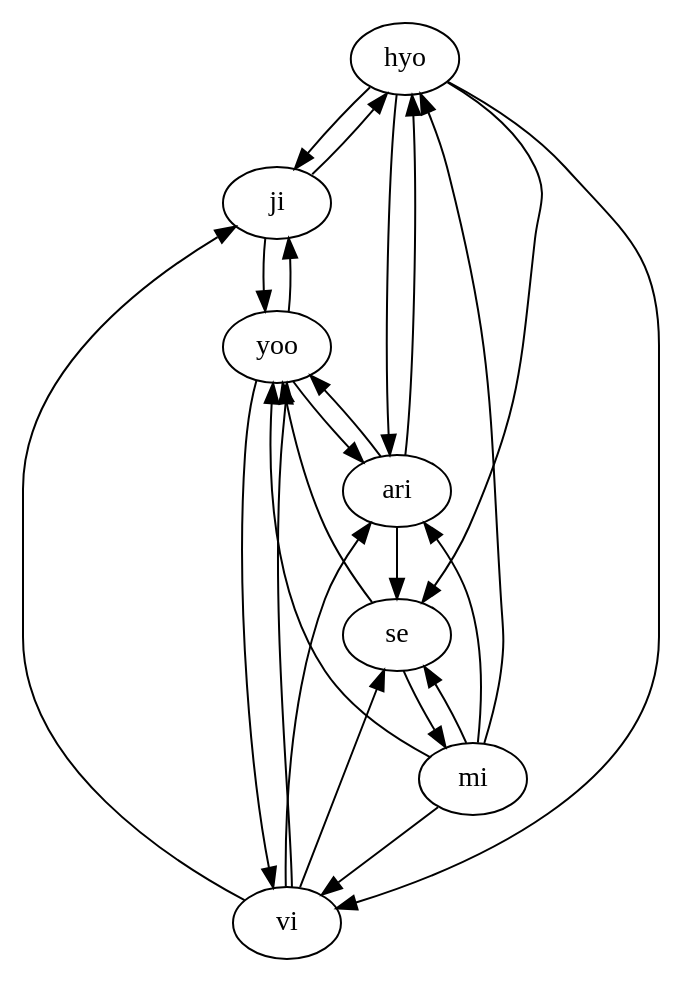
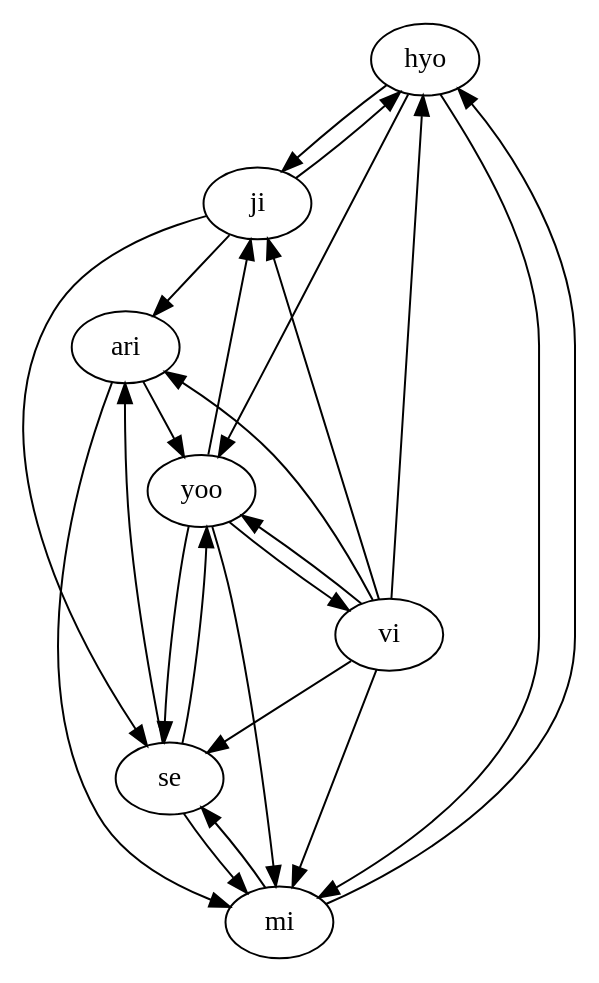
The diagram in src/main/java/resource/awesome.dot (hannimpeha/WS), drawn with Graphviz before and after one commit. The commit also changed 5 other files, not shown here.

```diff
--- a/src/main/java/resource/awesome.dot
+++ b/src/main/java/resource/awesome.dot
@@ -1,25 +1,25 @@
 digraph {
 hyo->ji;
 ji->hyo;
+hyo->yoo;
+hyo->mi;
 mi->hyo;
-hyo->vi;
-hyo->se;
-hyo->ari;
-ari->hyo;
-ji->yoo;
+vi->hyo;
 yoo->ji;
 vi->ji;
-mi->yoo;
+ji->se;
+ji->ari;
+yoo->mi;
 yoo->vi;
 vi->yoo;
+yoo->se;
 se->yoo;
-yoo->ari;
 ari->yoo;
-mi->vi;
+vi->mi;
 mi->se;
 se->mi;
-mi->ari;
+ari->mi;
 vi->se;
 vi->ari;
-ari->se;
+se->ari;
 }
```
